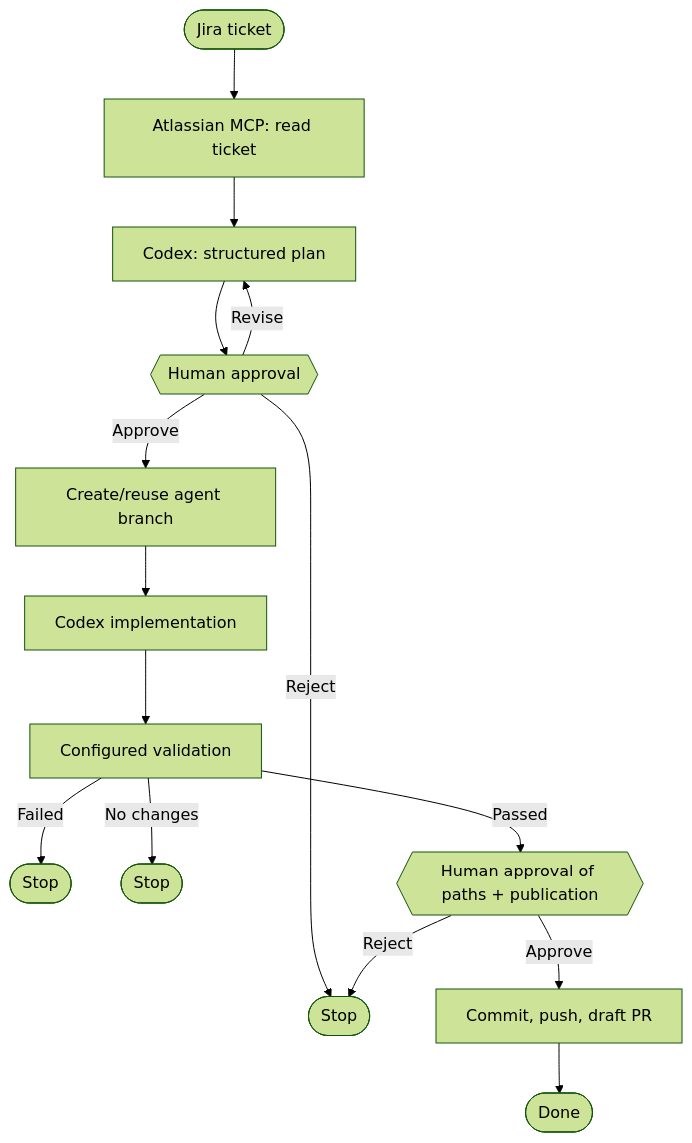
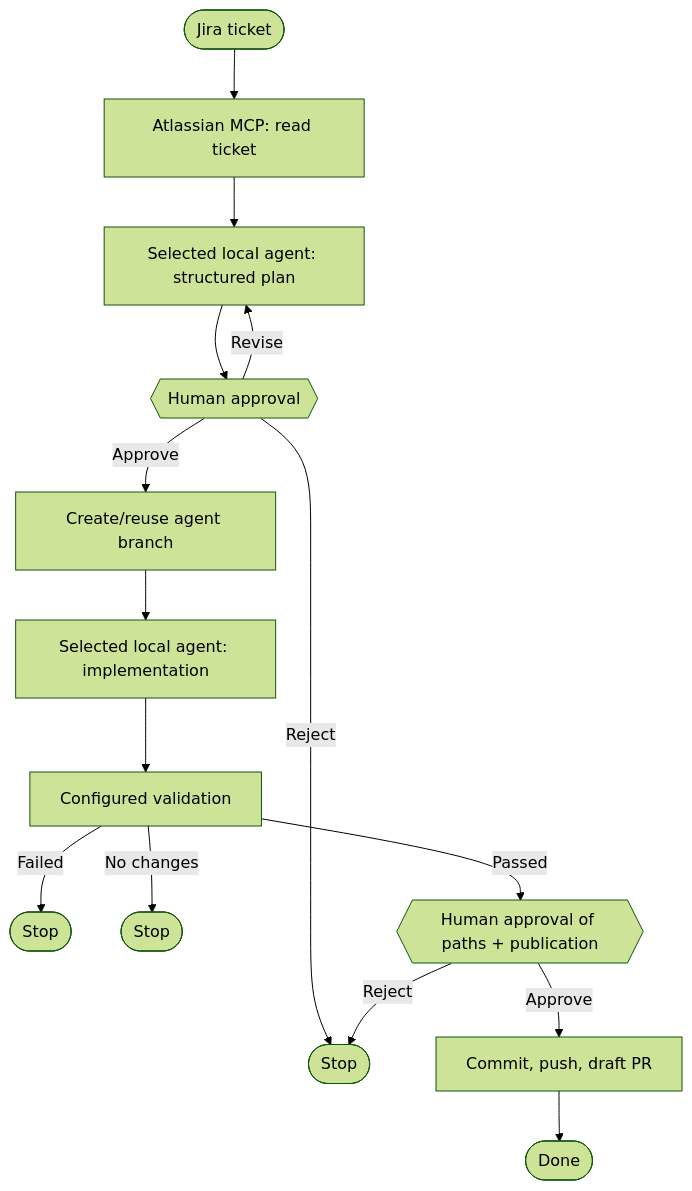
Before and after one commit to sleekapp-solutions/agentic-sdlc-workflows: the first of 2 diagrams in README.md, drawn with Mermaid (forest theme). The commit also changed other lines of this file and 9 other files, not shown here.

````diff
--- a/README.md
+++ b/README.md
@@ -23,17 +24,17 @@
 ```mermaid
 flowchart TD
     start([Jira ticket]) --> ticket[Atlassian MCP: read ticket]
-    ticket --> plan[Codex: structured plan]
+    ticket --> plan[Selected local agent: structured plan]
     plan --> planApproval{{Human approval}}
     planApproval -->|Revise| plan
     planApproval -->|Reject| stop([Stop])
     planApproval -->|Approve| branch[Create/reuse agent branch]
-    branch --> implement[Codex implementation]
+    branch --> implement[Selected local agent: implementation]
     implement --> validate[Configured validation]
     validate -->|Failed| failed([Stop])
     validate -->|No changes| noChanges([Stop])
     validate -->|Passed| pushApproval{{Human approval of paths + publication}}
     pushApproval -->|Approve| publish[Commit, push, draft PR]
     pushApproval -->|Reject| stop
     publish --> done([Done])
 ```
````
